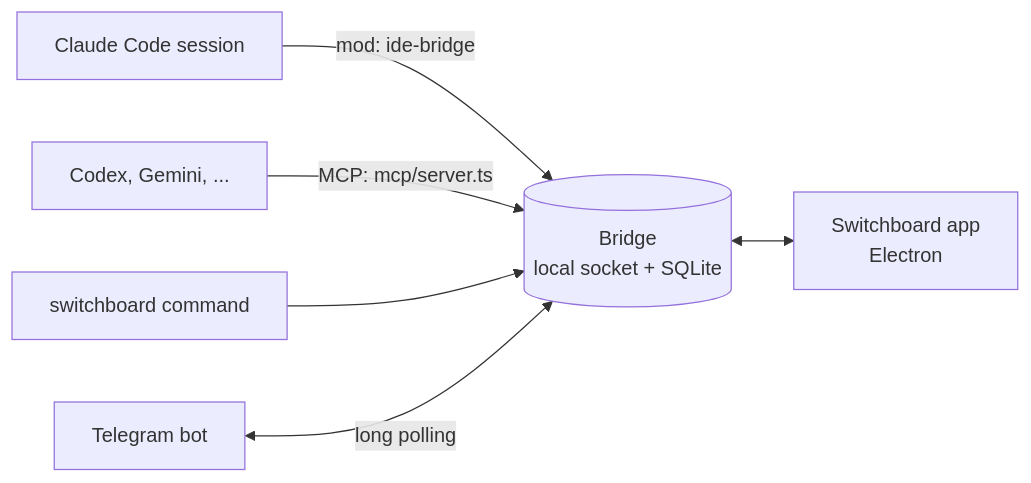
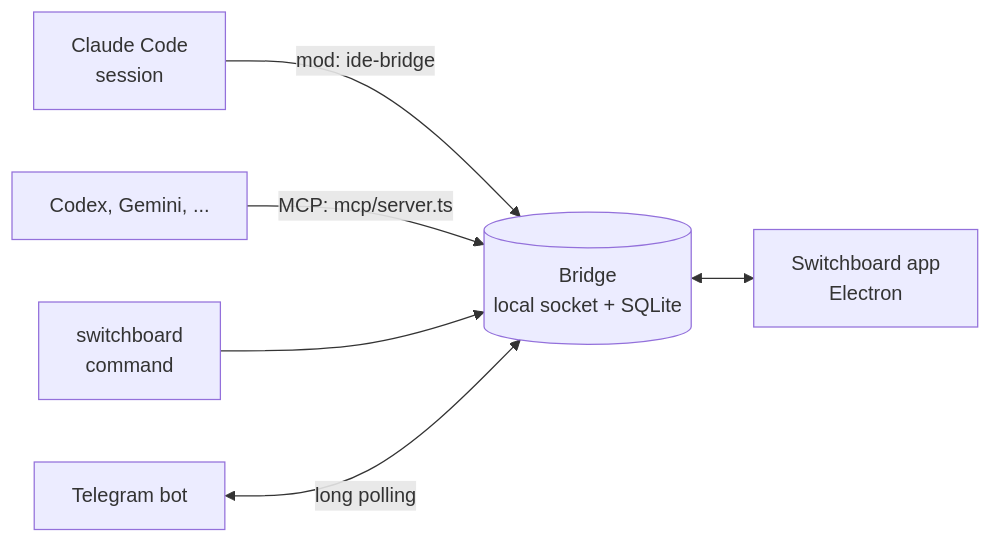
One commit to choco5958/switchboard changed the diagram in README.en.md. Above: the diagram before and after it, drawn with Mermaid. The commit also changed other lines of this file and 3 other files, not shown here.

````diff
--- a/README.en.md
+++ b/README.en.md
@@ -127,8 +127,8 @@
 ```mermaid
 flowchart LR
-  cc["Claude Code session"] -- "mod: ide-bridge" --> bridge
+  cc["Claude Code<br/>session"] -- "mod: ide-bridge" --> bridge
   cli["Codex, Gemini, ..."] -- "MCP: mcp/server.ts" --> bridge
-  cmd["switchboard command"] --> bridge
+  cmd["switchboard<br/>command"] --> bridge
   tg["Telegram bot"] <-->|"long polling"| bridge
   bridge[("Bridge<br/>local socket + SQLite")] <--> app["Switchboard app<br/>Electron"]
 ```
````
